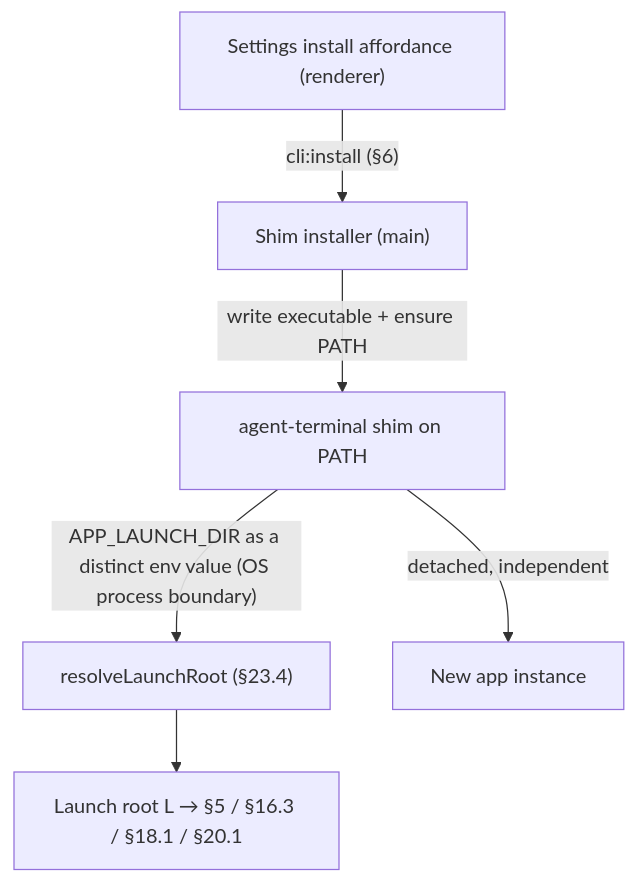
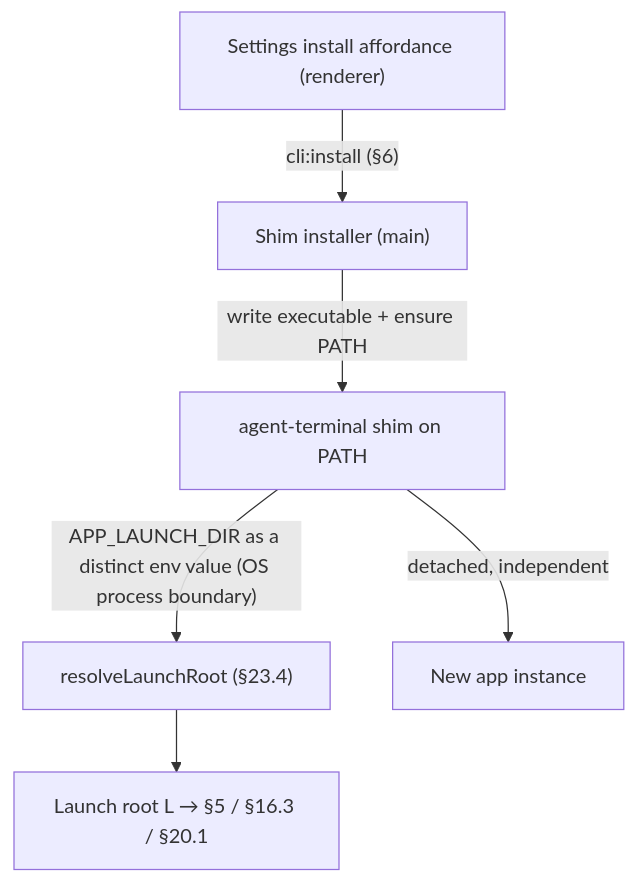
One commit to dylanb/agent-terminal changed the third of 5 diagrams in terminal-web-ui-spec.md. Above: the diagram before and after it, drawn with Mermaid. The commit also changed other lines of this file, not shown here.

Commit message:
docs(spec): fix two stale §18.1/§19.1 references the change missed [skip ci]
- §23.5 shim diagram (line 1552): the L node label still enumerated
  §18.1 among L's downstream surfaces; §18.1 (flow global dir) is now
  home-anchored (F), independent of L. Dropped it, leaving §5/§16.3/§20.1.
- §24.2.2 S3 checklist (line 1661): still described gitignore-on-first-use
  with a §19.1 citation that now resolves to 'the app does not modify
  .gitignore'. Noted the v2.93 removal in place, mirroring how the S4 item
  records its v2.58 correction.

Both surfaced by a fresh-eyes round-4 panel (diagrams + parity).

````diff
--- a/terminal-web-ui-spec.md
+++ b/terminal-web-ui-spec.md
@@ -1546,8 +1546,8 @@
 ```mermaid
 flowchart TD
     settings["Settings install affordance (renderer)"] -->|"cli:install (§6)"| installer["Shim installer (main)"]
     installer -->|"write executable + ensure PATH"| shim["agent-terminal shim on PATH"]
     shim -->|"APP_LAUNCH_DIR as a distinct env value (OS process boundary)"| resolver["resolveLaunchRoot (§23.4)"]
     shim -->|"detached, independent"| instance["New app instance"]
-    resolver --> L["Launch root L → §5 / §16.3 / §18.1 / §20.1"]
+    resolver --> L["Launch root L → §5 / §16.3 / §20.1"]
 ```
````
